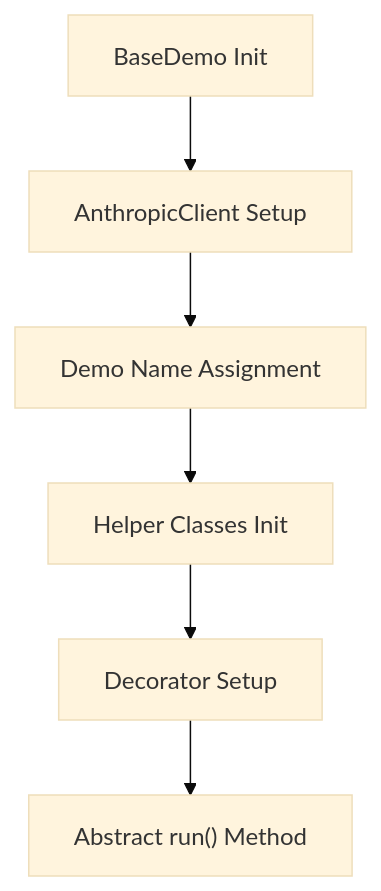
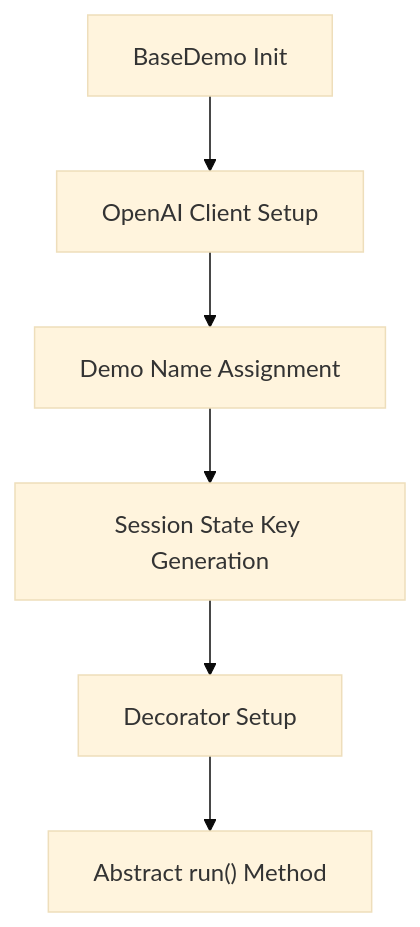
One commit to nakashima2toshio/anthropic_api_jp changed the sixth of 12 diagrams in doc/a00_responses_api.md. Above: the diagram before and after it, drawn with Mermaid (base theme). The commit also changed other lines of this file and 2 other files, not shown here.

````diff
--- a/doc/a00_responses_api.md
+++ b/doc/a00_responses_api.md
@@ -216,8 +287,8 @@
 ```mermaid
 graph TD
-    A["BaseDemo Init"] --> B["AnthropicClient Setup"]
+    A["BaseDemo Init"] --> B["OpenAI Client Setup"]
     B --> C["Demo Name Assignment"]
-    C --> D["Helper Classes Init"]
+    C --> D["Session State Key Generation"]
     D --> E["Decorator Setup"]
     E --> F["Abstract run() Method"]
 ```
````
